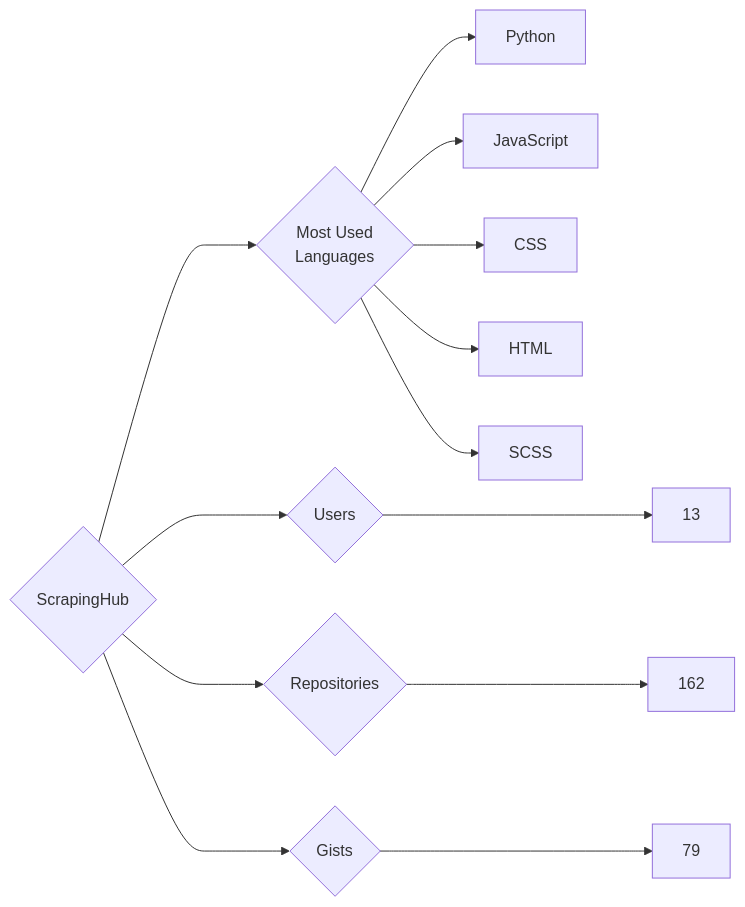
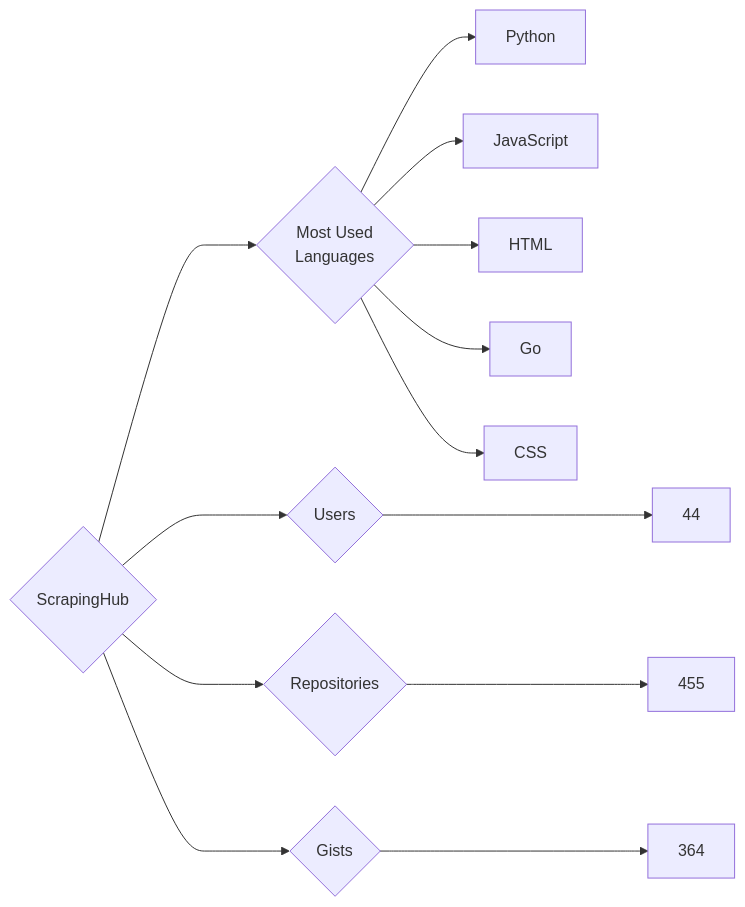
One commit to trickest/insiders changed the diagram in targets/ScrapingHub/README.md. Above: the diagram before and after it, drawn with Mermaid. The commit also changed 871 other files, not shown here.

````diff
--- a/targets/ScrapingHub/README.md
+++ b/targets/ScrapingHub/README.md
@@ -3,13 +3,13 @@
 ```mermaid
 graph LR
 COMPANY_NAME{ScrapingHub}
-COMPANY_NAME ---> U{Users} ---> UN[13]
-COMPANY_NAME ---> R{Repositories} ---> RN[162]
-COMPANY_NAME ---> G{Gists} ---> GN[79]
+COMPANY_NAME ---> U{Users} ---> UN[44]
+COMPANY_NAME ---> R{Repositories} ---> RN[455]
+COMPANY_NAME ---> G{Gists} ---> GN[364]
 COMPANY_NAME ---> ML{Most Used<br>Languages}
 ML --> Python[Python]
 ML --> JavaScript[JavaScript]
+ML --> HTML[HTML]
+ML --> Go[Go]
 ML --> CSS[CSS]
-ML --> HTML[HTML]
-ML --> SCSS[SCSS]
 ```
````
